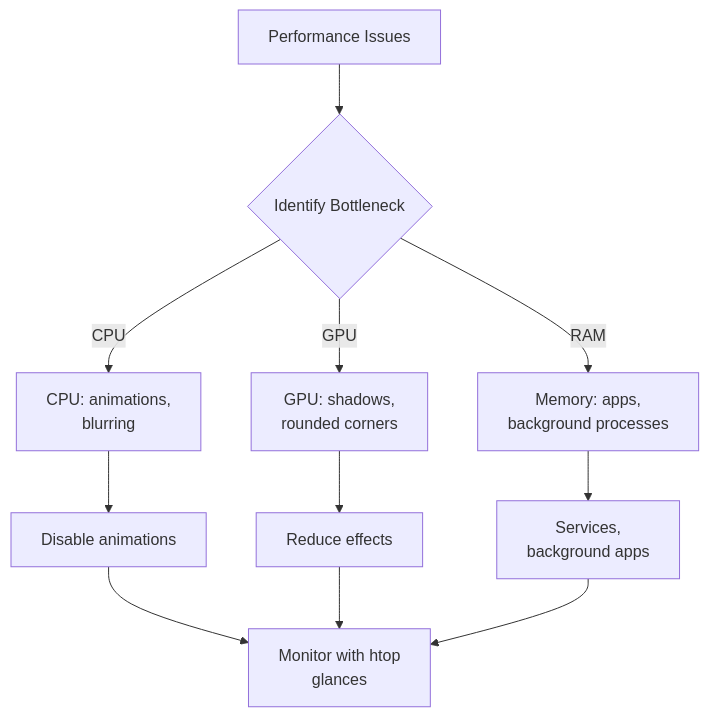
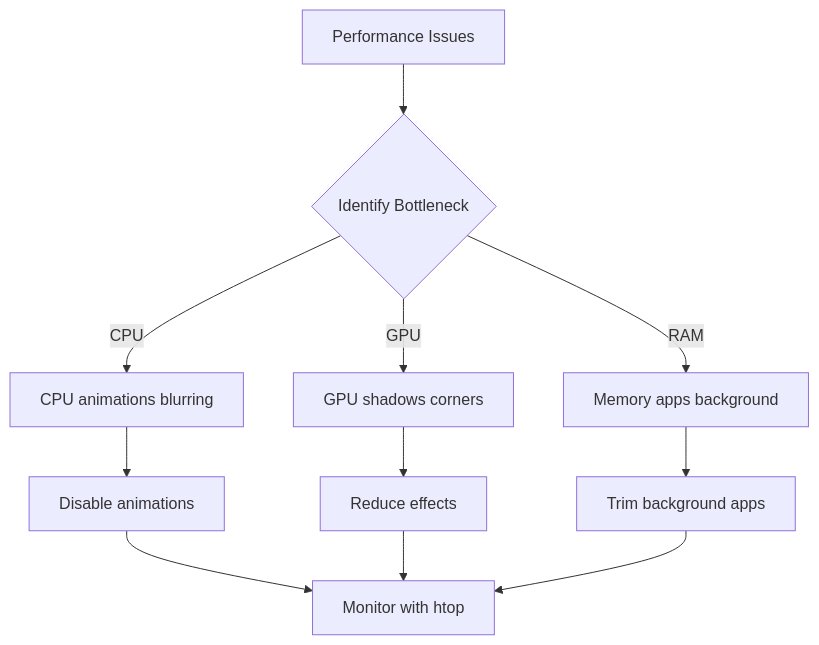
Before and after one commit to 444Nazky/My-Vault: the first of 2 diagrams in System/Linux/Hyprland-Optimization.md, drawn with Mermaid. The commit also changed 8 other files, not shown here.

````diff
--- a/System/Linux/Hyprland-Optimization.md
+++ b/System/Linux/Hyprland-Optimization.md
@@ -11,16 +11,16 @@
 ```mermaid
 flowchart TD
     A[Performance Issues] --> B{Identify Bottleneck}
     
-    B -->|CPU| CPU[CPU: animations,<br/>blurring]
-    B -->|GPU| GPU[GPU: shadows,<br/>rounded corners]
-    B -->|RAM| RAM[Memory: apps,<br/>background processes]
+    B -->|CPU| CPU["CPU animations blurring"]
+    B -->|GPU| GPU["GPU shadows corners"]
+    B -->|RAM| RAM["Memory apps background"]
     
     CPU --> C1[Disable animations]
     GPU --> G1[Reduce effects]
-    RAM --> S1[Services,<br/>background apps]
+    RAM --> S1[Trim background apps]
     
-    C1 --> Result[Monitor with htop<br/>glances]
+    C1 --> Result[Monitor with htop]
     G1 --> Result
     S1 --> Result
 ```
````
